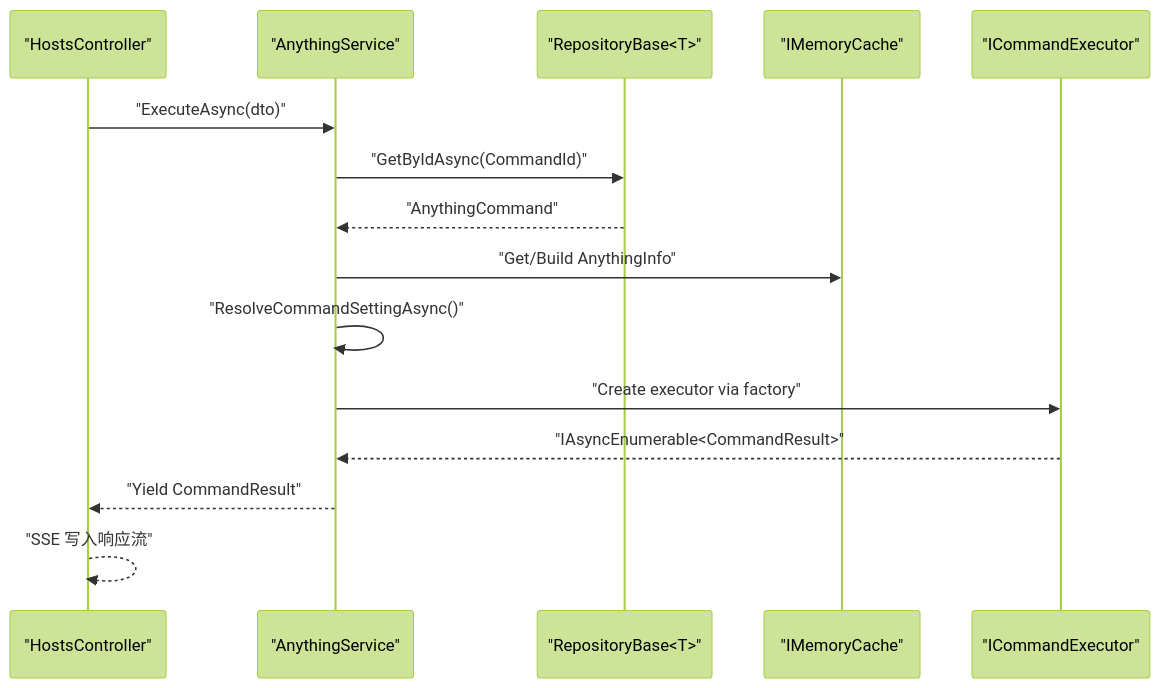
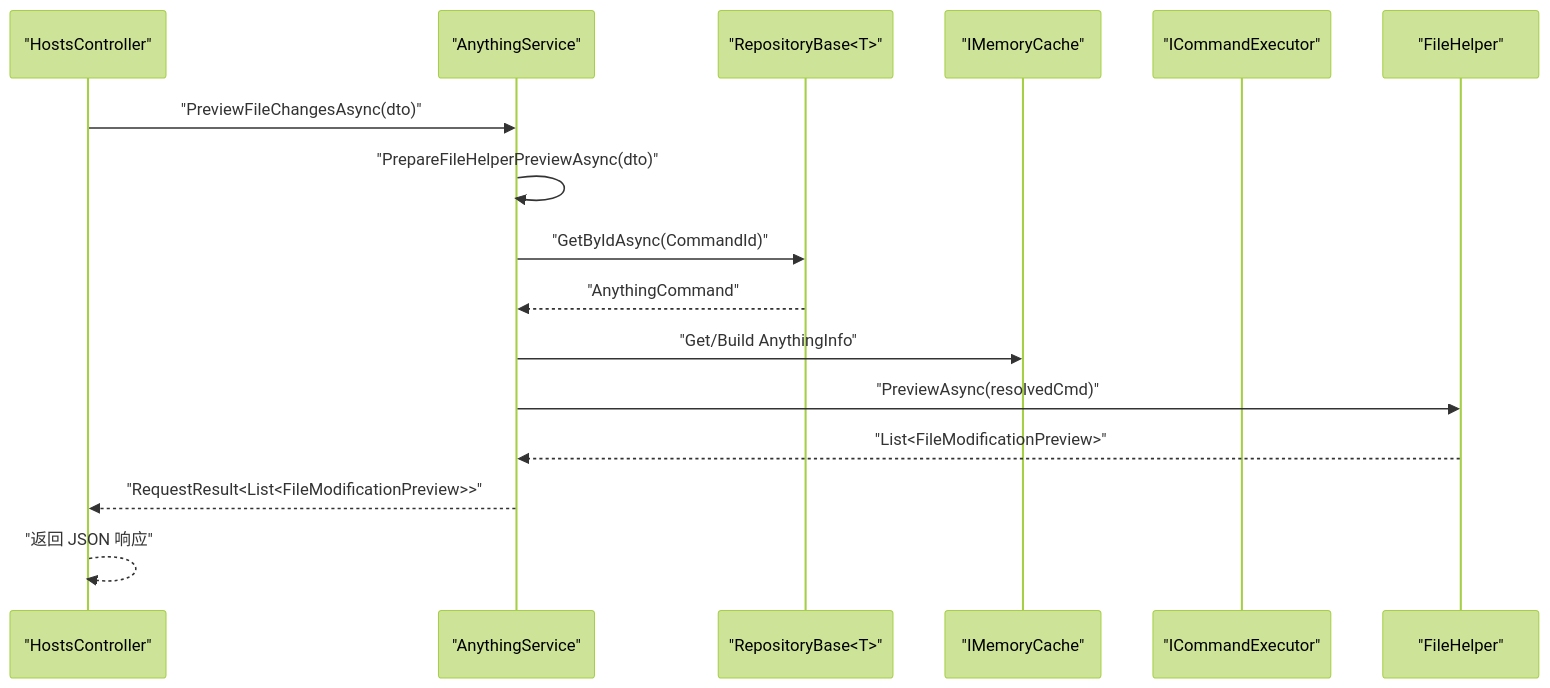
One commit to Sosososolong/AirGo changed the fourth of 8 diagrams in .qoder/repowiki/zh/content/项目概述/核心特性/远程主机管理/控制器集成接口.md. Above: the diagram before and after it, drawn with Mermaid (forest theme). The commit also changed other lines of this file and 12 other files, not shown here.

````diff
--- a/.qoder/repowiki/zh/content/项目概述/核心特性/远程主机管理/控制器集成接口.md
+++ b/.qoder/repowiki/zh/content/项目概述/核心特性/远程主机管理/控制器集成接口.md
@@ -228,17 +268,18 @@
 ```mermaid
 sequenceDiagram
 participant Ctrl as "HostsController"
 participant Svc as "AnythingService"
 participant Repo as "RepositoryBase<T>"
 participant Cache as "IMemoryCache"
 participant Exec as "ICommandExecutor"
-Ctrl->>Svc : "ExecuteAsync(dto)"
+participant Helper as "FileHelper"
+Ctrl->>Svc : "PreviewFileChangesAsync(dto)"
+Svc->>Svc : "PrepareFileHelperPreviewAsync(dto)"
 Svc->>Repo : "GetByIdAsync(CommandId)"
 Repo-->>Svc : "AnythingCommand"
 Svc->>Cache : "Get/Build AnythingInfo"
-Svc->>Svc : "ResolveCommandSettingAsync()"
-Svc->>Exec : "Create executor via factory"
-Exec-->>Svc : "IAsyncEnumerable<CommandResult>"
-Svc-->>Ctrl : "Yield CommandResult"
-Ctrl-->>Ctrl : "SSE 写入响应流"
+Svc->>Helper : "PreviewAsync(resolvedCmd)"
+Helper-->>Svc : "List<FileModificationPreview>"
+Svc-->>Ctrl : "RequestResult<List<FileModificationPreview>>"
+Ctrl-->>Ctrl : "返回 JSON 响应"
 ```
````
